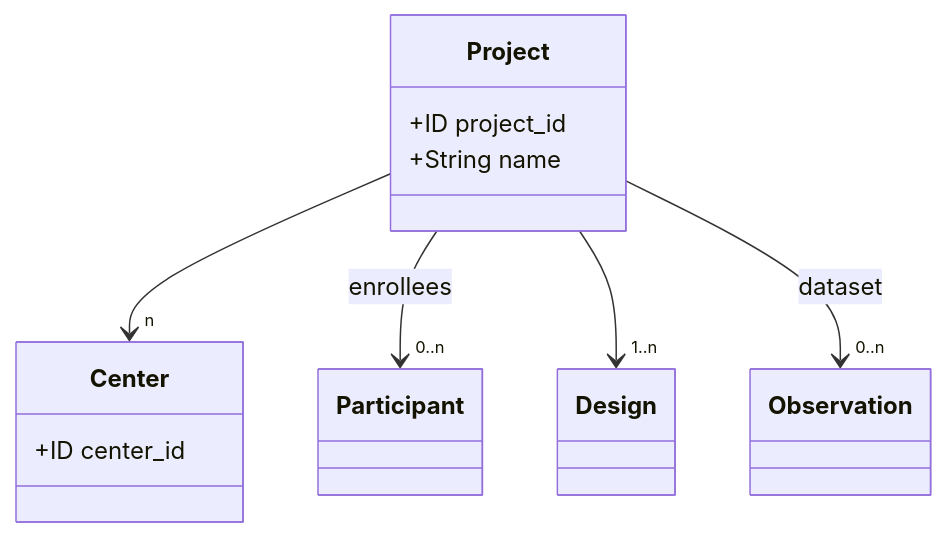
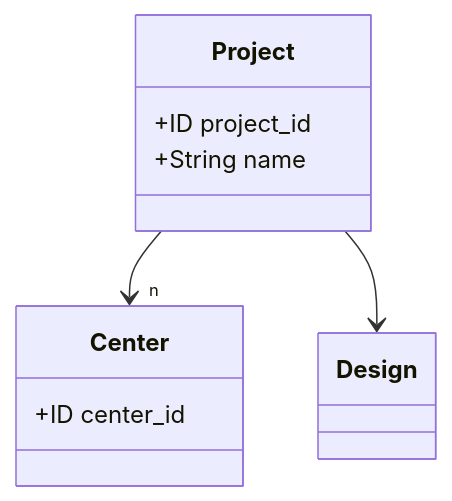
Before and after one commit to naccdata/system-design: the first of 3 diagrams in src/markdown/02-domain-model.md, drawn with Mermaid. The commit also changed other lines of this file and 11 other files, not shown here.

````diff
--- a/src/markdown/02-domain-model.md
+++ b/src/markdown/02-domain-model.md
@@ -14,14 +14,12 @@
 ```mermaid
 classDiagram
     class Center {
         +ID center_id
     }
     class Project {
         +ID project_id
         +String name
     }
     Project --> "n" Center
-    Project --> "0..n" Participant : enrollees
-    Project --> "1..n" Design
-    Project --> "0..n" Observation : dataset
+    Project --> Design
 ```
````
